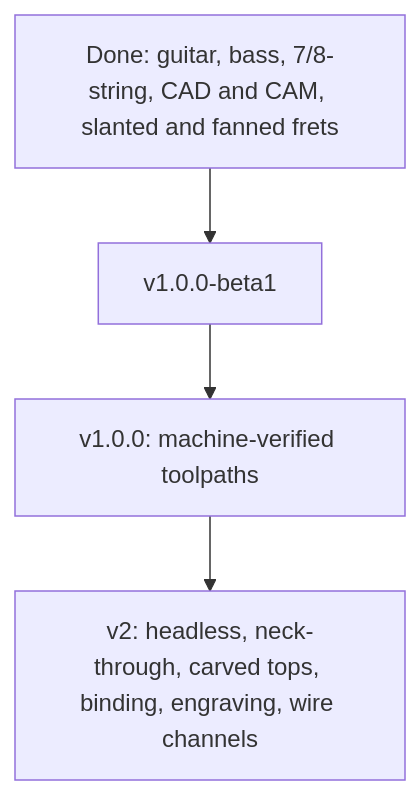
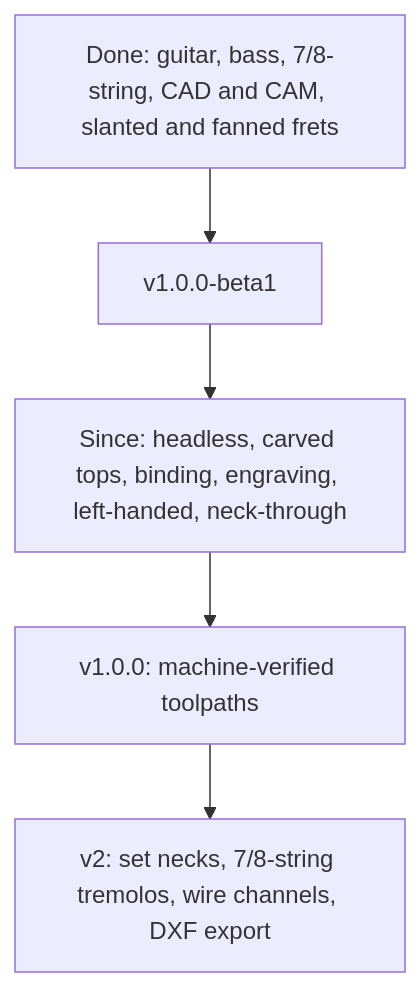
The diagram in ROADMAP.md (jolappi/CNCguitarwizard), drawn with Mermaid before and after one commit. The commit also changed other lines of this file and 21 other files, not shown here.

````diff
--- a/ROADMAP.md
+++ b/ROADMAP.md
@@ -84,6 +88,7 @@
 ```mermaid
 flowchart TD
     Done["Done: guitar, bass, 7/8-string, CAD and CAM, slanted and fanned frets"] --> Beta["v1.0.0-beta1"]
-    Beta --> V1["v1.0.0: machine-verified toolpaths"]
-    V1 --> V2["v2: headless, neck-through, carved tops, binding, engraving, wire channels"]
+    Beta --> More["Since: headless, carved tops, binding, engraving, left-handed, neck-through"]
+    More --> V1["v1.0.0: machine-verified toolpaths"]
+    V1 --> V2["v2: set necks, 7/8-string tremolos, wire channels, DXF export"]
 ```
````
